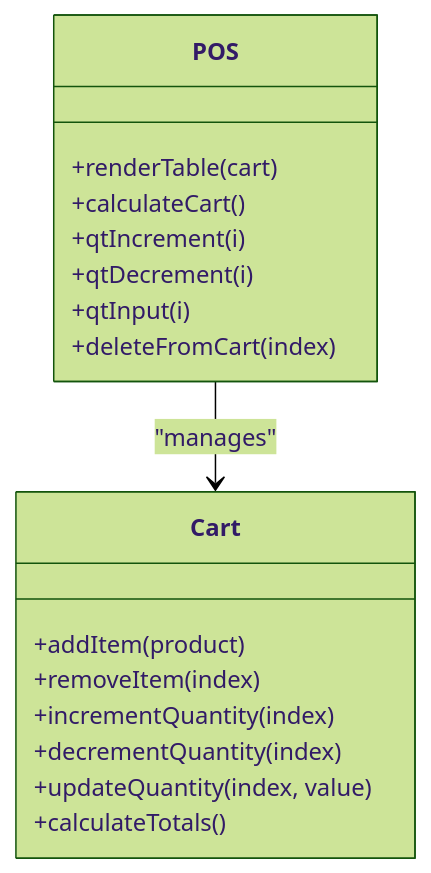
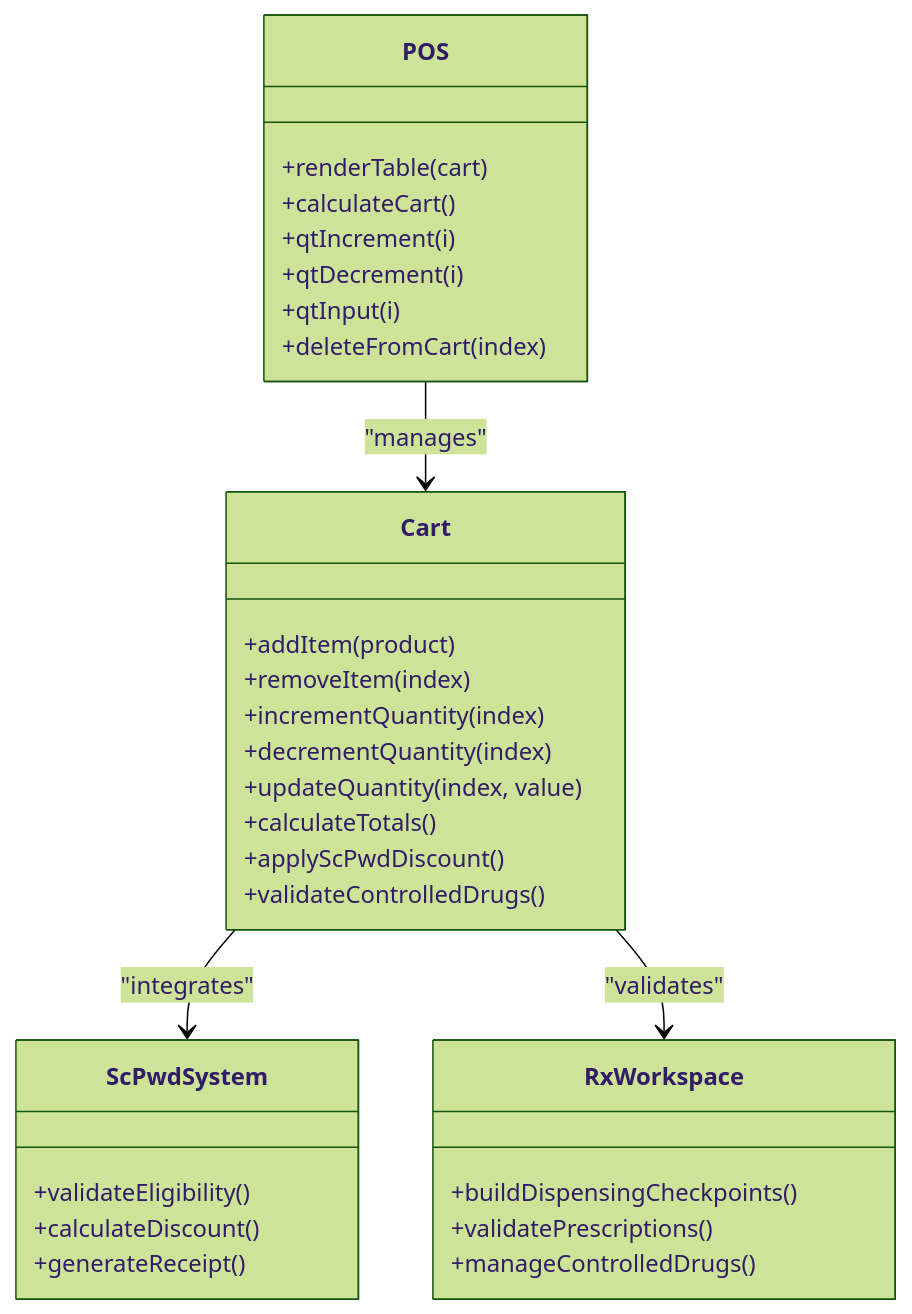
Before and after one commit to yosefdc7/PharmaPOS: the fourth of 14 diagrams in .qoder/repowiki/en/content/Frontend Interface/Point-of-Sale Interface.md, drawn with Mermaid (forest theme). The commit also changed other lines of this file and 11 other files, not shown here.

````diff
--- a/.qoder/repowiki/en/content/Frontend Interface/Point-of-Sale Interface.md
+++ b/.qoder/repowiki/en/content/Frontend Interface/Point-of-Sale Interface.md
@@ -148,20 +193,34 @@
 ```mermaid
 classDiagram
 class Cart {
 +addItem(product)
 +removeItem(index)
 +incrementQuantity(index)
 +decrementQuantity(index)
 +updateQuantity(index, value)
 +calculateTotals()
++applyScPwdDiscount()
++validateControlledDrugs()
 }
 class POS {
 +renderTable(cart)
 +calculateCart()
 +qtIncrement(i)
 +qtDecrement(i)
 +qtInput(i)
 +deleteFromCart(index)
 }
+class ScPwdSystem {
++validateEligibility()
++calculateDiscount()
++generateReceipt()
+}
+class RxWorkspace {
++buildDispensingCheckpoints()
++validatePrescriptions()
++manageControlledDrugs()
+}
 POS --> Cart : "manages"
+Cart --> ScPwdSystem : "integrates"
+Cart --> RxWorkspace : "validates"
 ```
````
